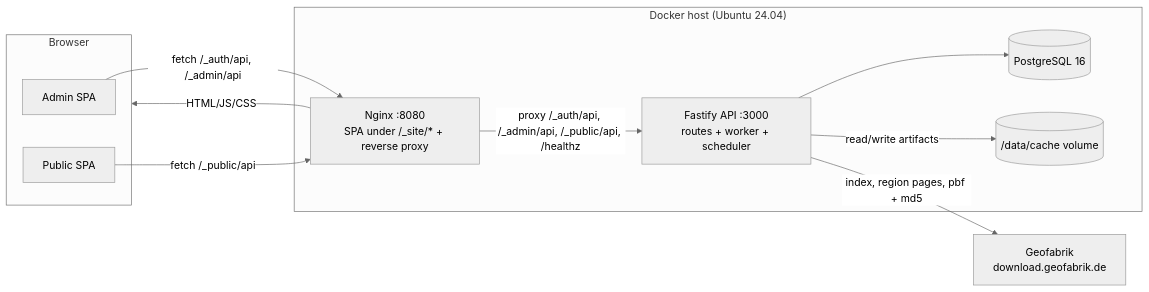
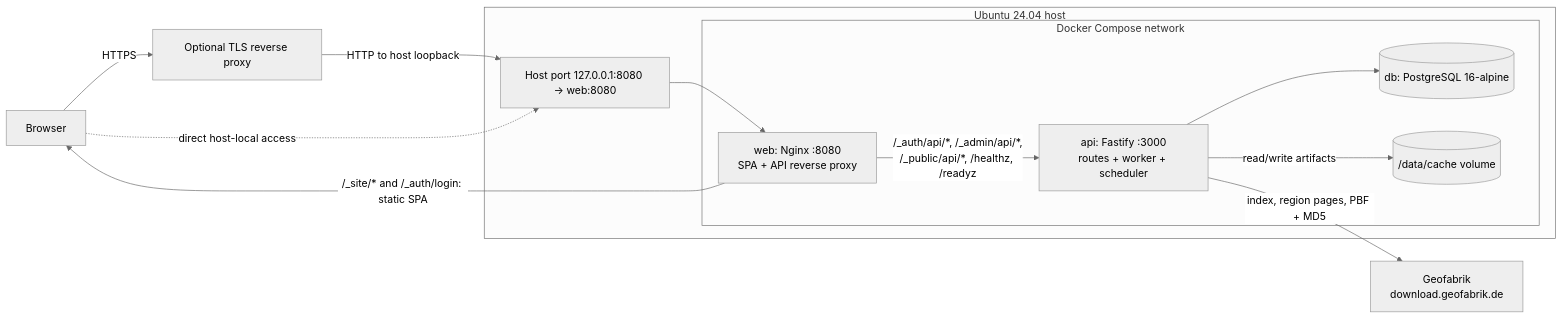
The first of 4 diagrams in docs/02-architecture.md (komeilm76/mapirror), drawn with Mermaid (neutral theme) before and after one commit. The commit also changed other lines of this file and 6 other files, not shown here.

Commit message:
docs: reverify API contracts and refresh diagrams

````diff
--- a/docs/02-architecture.md
+++ b/docs/02-architecture.md
@@ -10,22 +10,25 @@
 ```mermaid
 flowchart LR
-  subgraph Browser
-    A[Admin SPA]
-    P[Public SPA]
+  B[Browser]
+  T[Optional TLS reverse proxy]
+  subgraph Host["Ubuntu 24.04 host"]
+    subgraph Docker["Docker Compose network"]
+      N["web: Nginx :8080<br/>SPA + API reverse proxy"]
+      S["api: Fastify :3000<br/>routes + worker + scheduler"]
+      D[("db: PostgreSQL 16-alpine")]
+      V[("/data/cache volume")]
+    end
+    H["Host port 127.0.0.1:8080 → web:8080"]
   end
-  subgraph Docker["Docker host (Ubuntu 24.04)"]
-    N[Nginx :8080<br/>SPA under /_site/* + reverse proxy]
-    S[Fastify API :3000<br/>routes + worker + scheduler]
-    D[(PostgreSQL 16)]
-    V[(/data/cache volume)]
-  end
-  G[Geofabrik<br/>download.geofabrik.de]
+  G["Geofabrik<br/>download.geofabrik.de"]
 
-  A -->|fetch /_auth/api, /_admin/api| N
-  P -->|fetch /_public/api| N
-  N -->|HTML/JS/CSS| Browser
-  N -->|proxy /_auth/api, /_admin/api, /_public/api, /healthz| S
+  B -->|HTTPS| T
+  T -->|HTTP to host loopback| H
+  B -.->|direct host-local access| H
+  H --> N
+  N -->|/_site/* and /_auth/login: static SPA| B
+  N -->|/_auth/api/*, /_admin/api/*,<br/>/_public/api/*, /healthz, /readyz| S
   S --> D
   S -->|read/write artifacts| V
-  S -->|index, region pages, pbf + md5| G
+  S -->|index, region pages, PBF + MD5| G
 ```
````
